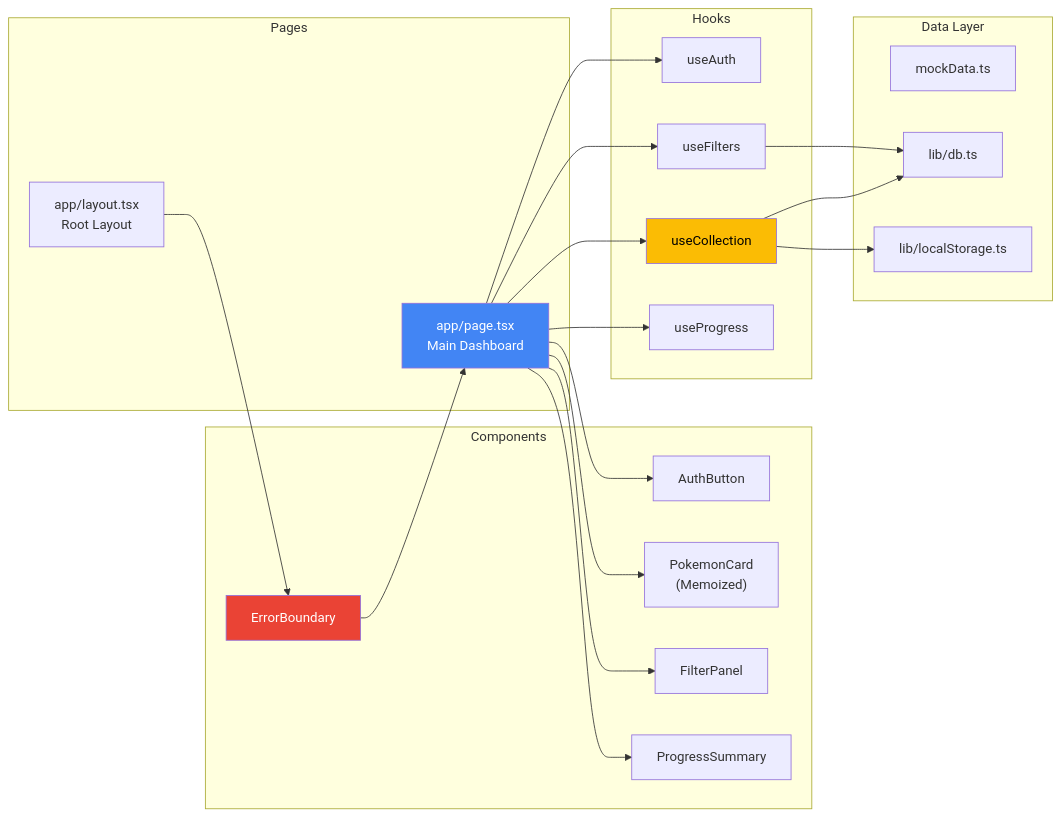
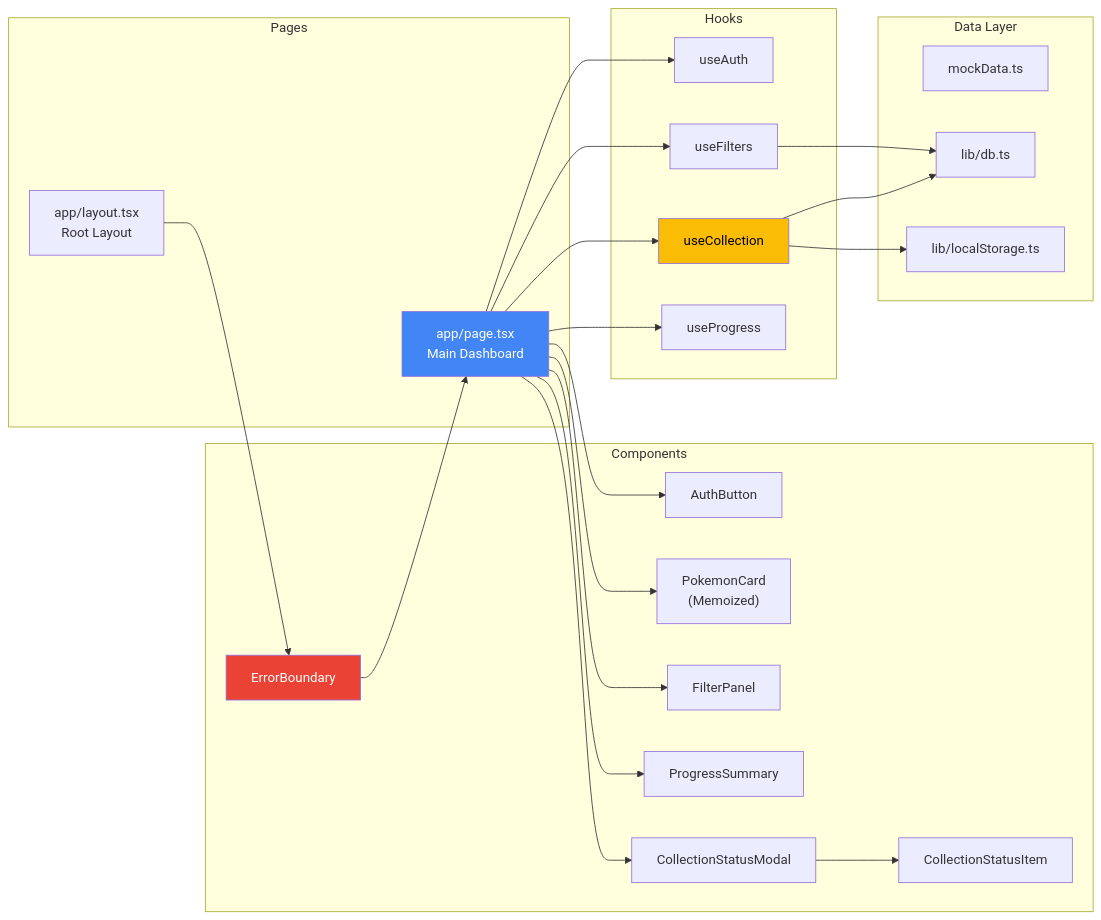
One commit to Kujo-n/pokesleepfaces changed the second of 12 diagrams in docs/3_architecture.md. Above: the diagram before and after it, drawn with Mermaid. The commit also changed 8 other files, not shown here.

````diff
--- a/docs/3_architecture.md
+++ b/docs/3_architecture.md
@@ -40,49 +40,53 @@
  ```mermaid
  graph LR
      subgraph "Pages"
          Page[app/page.tsx<br/>Main Dashboard]
          Layout[app/layout.tsx<br/>Root Layout]
      end
      
      subgraph "Components"
          AuthBtn[AuthButton]
          PokemonCard["PokemonCard<br/>(Memoized)"]
          FilterPanel[FilterPanel]
          ProgressSummary[ProgressSummary]
+         StatusModal[CollectionStatusModal]
+         StatusItem[CollectionStatusItem]
          ErrorBoundary[ErrorBoundary]
      end
      
      subgraph "Hooks"
          useAuth[useAuth]
          useCollection[useCollection]
          useFilters[useFilters]
          useProgress[useProgress]
      end
      
      subgraph "Data Layer"
          MockData[mockData.ts]
          DB[lib/db.ts]
          LocalStore[lib/localStorage.ts]
      end
      
      Layout --> ErrorBoundary
      ErrorBoundary --> Page
      
      Page --> useAuth
      Page --> useCollection
      Page --> useFilters
      Page --> useProgress
      
      Page --> AuthBtn
      Page --> PokemonCard
      Page --> FilterPanel
      Page --> ProgressSummary
+     Page --> StatusModal
+     StatusModal --> StatusItem
      
      useCollection --> DB
      useCollection --> LocalStore
      useFilters --> DB
      
      style Page fill:#4285f4,color:#fff
      style ErrorBoundary fill:#ea4335,color:#fff
      style useCollection fill:#fbbc04,color:#000
  ```
````
